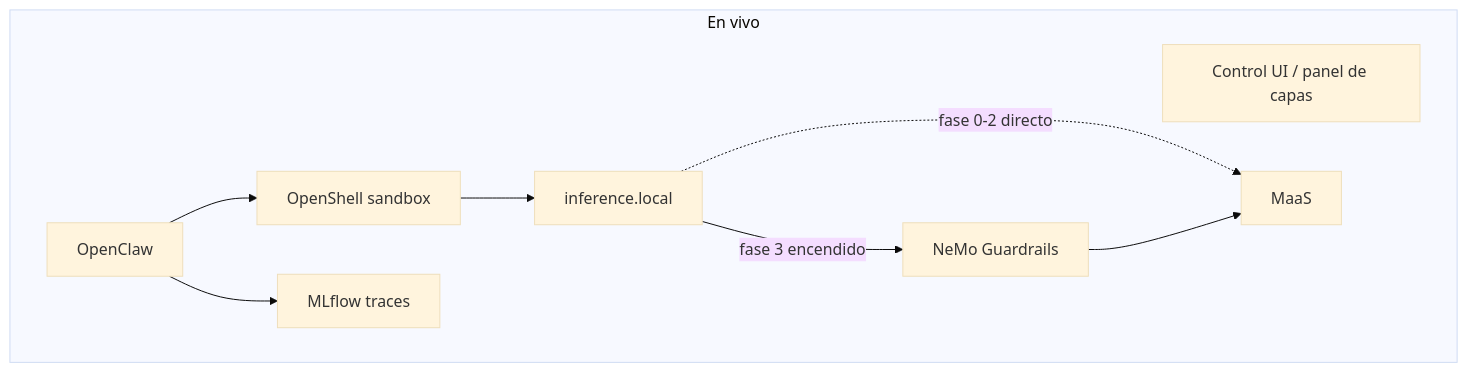
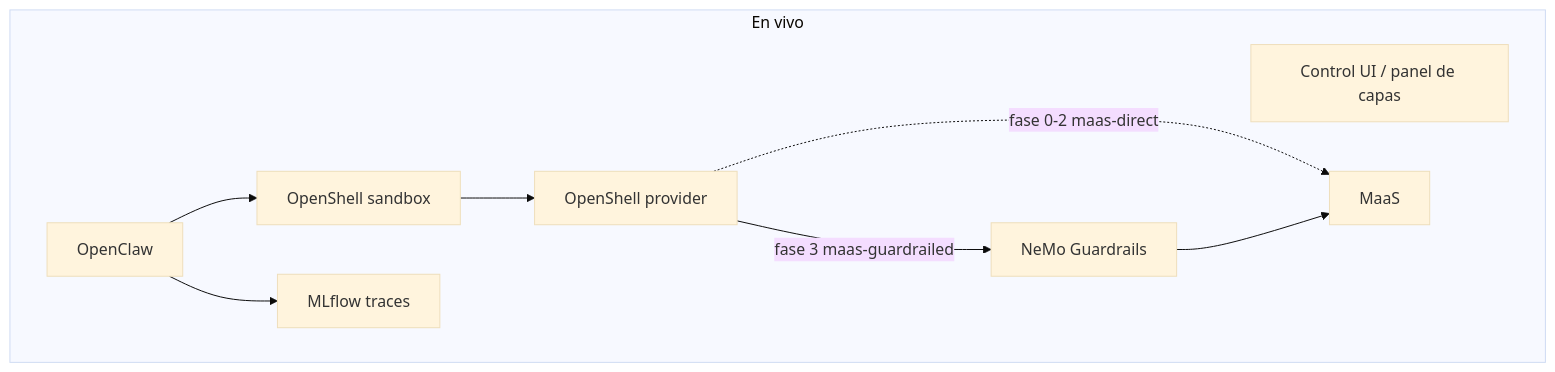
The diagram in docs/demo-narrative-v1.md (davidseve/agentops-showcase), drawn with Mermaid (base theme) before and after one commit. The commit also changed other lines of this file and 22 other files, not shown here.

First line of the commit message:
docs: replace inference.local with OpenShell provider profiles

````diff
--- a/docs/demo-narrative-v1.md
+++ b/docs/demo-narrative-v1.md
@@ -55,16 +55,16 @@
 ```mermaid
 flowchart TB
   subgraph live [En vivo]
     UI[Control UI / panel de capas]
     OC[OpenClaw]
     SB[OpenShell sandbox]
-    IR[inference.local]
+    PR[OpenShell provider]
     NG[NeMo Guardrails]
     MAAS[MaaS]
     ML[MLflow traces]
-    OC --> SB --> IR
-    IR -.->|fase 0-2 directo| MAAS
-    IR -->|fase 3 encendido| NG --> MAAS
+    OC --> SB --> PR
+    PR -.->|fase 0-2 maas-direct| MAAS
+    PR -->|fase 3 maas-guardrailed| NG --> MAAS
     OC --> ML
   end
 ```
````
